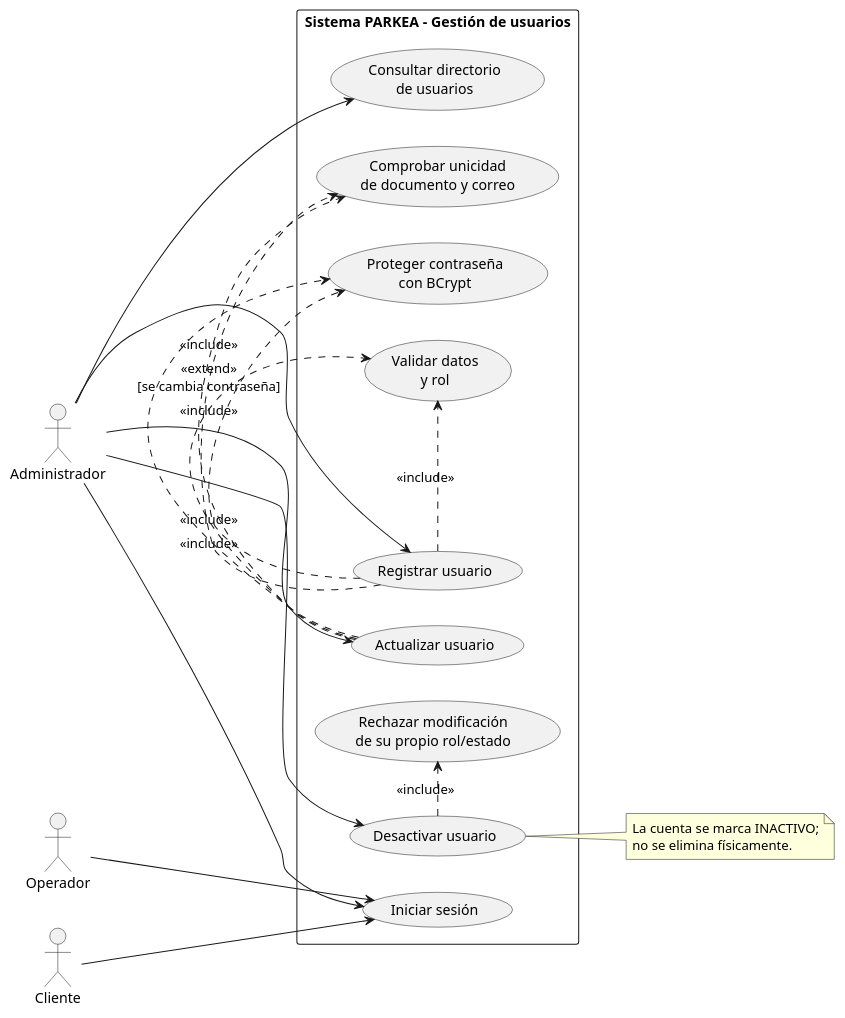
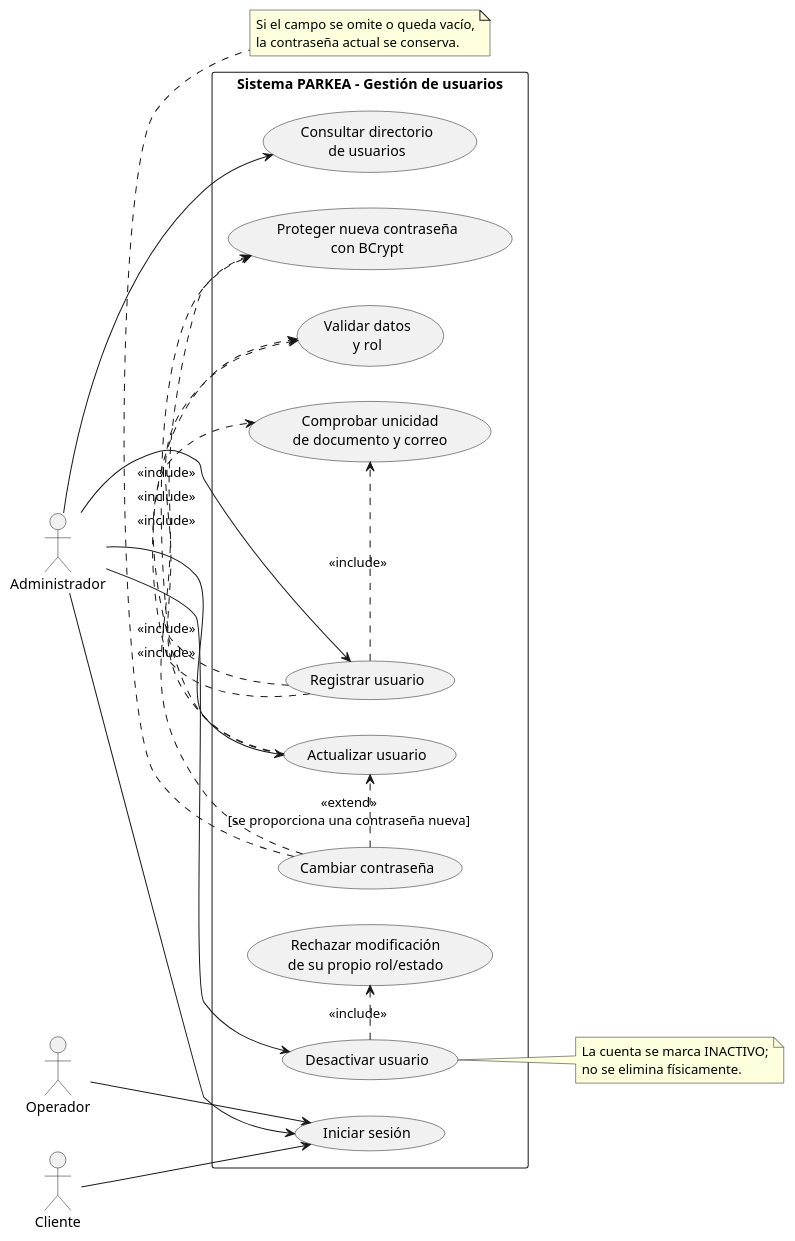
The diagram in entregables/diagramas/01_casos_uso_usuarios.puml (jdcpa1978-IUD/parkea), drawn with PlantUML before and after one commit. The commit also changed 31 other files, not shown here.

```diff
--- a/entregables/diagramas/01_casos_uso_usuarios.puml
+++ b/entregables/diagramas/01_casos_uso_usuarios.puml
@@ -1,42 +1,48 @@
 @startuml CasosUso_GestionUsuarios
 left to right direction
 skinparam packageStyle rectangle
 
 actor "Administrador" as Admin
 actor "Operador" as Operador
 actor "Cliente" as Cliente
 
 rectangle "Sistema PARKEA - Gestión de usuarios" {
   usecase "Iniciar sesión" as Login
   usecase "Consultar directorio\nde usuarios" as Listar
   usecase "Registrar usuario" as Crear
   usecase "Actualizar usuario" as Editar
+  usecase "Cambiar contraseña" as CambiarClave
+  usecase "Proteger nueva contraseña\ncon BCrypt" as Hash
   usecase "Desactivar usuario" as Desactivar
   usecase "Validar datos\ny rol" as Validar
   usecase "Comprobar unicidad\nde documento y correo" as Unicidad
-  usecase "Proteger contraseña\ncon BCrypt" as Hash
   usecase "Rechazar modificación\nde su propio rol/estado" as Autoproteccion
 }
 
 Admin --> Login
 Operador --> Login
 Cliente --> Login
 
 Admin --> Listar
 Admin --> Crear
 Admin --> Editar
 Admin --> Desactivar
 
 Crear .> Validar : <<include>>
 Crear .> Unicidad : <<include>>
 Crear .> Hash : <<include>>
 Editar .> Validar : <<include>>
 Editar .> Unicidad : <<include>>
-Editar .> Hash : <<extend>>\n[se cambia contraseña]
+CambiarClave .> Editar : <<extend>>\n[se proporciona una contraseña nueva]
+CambiarClave .> Hash : <<include>>
 Desactivar .> Autoproteccion : <<include>>
 
 note right of Desactivar
 La cuenta se marca INACTIVO;
 no se elimina físicamente.
 end note
+note bottom of CambiarClave
+Si el campo se omite o queda vacío,
+la contraseña actual se conserva.
+end note
 @enduml
```
